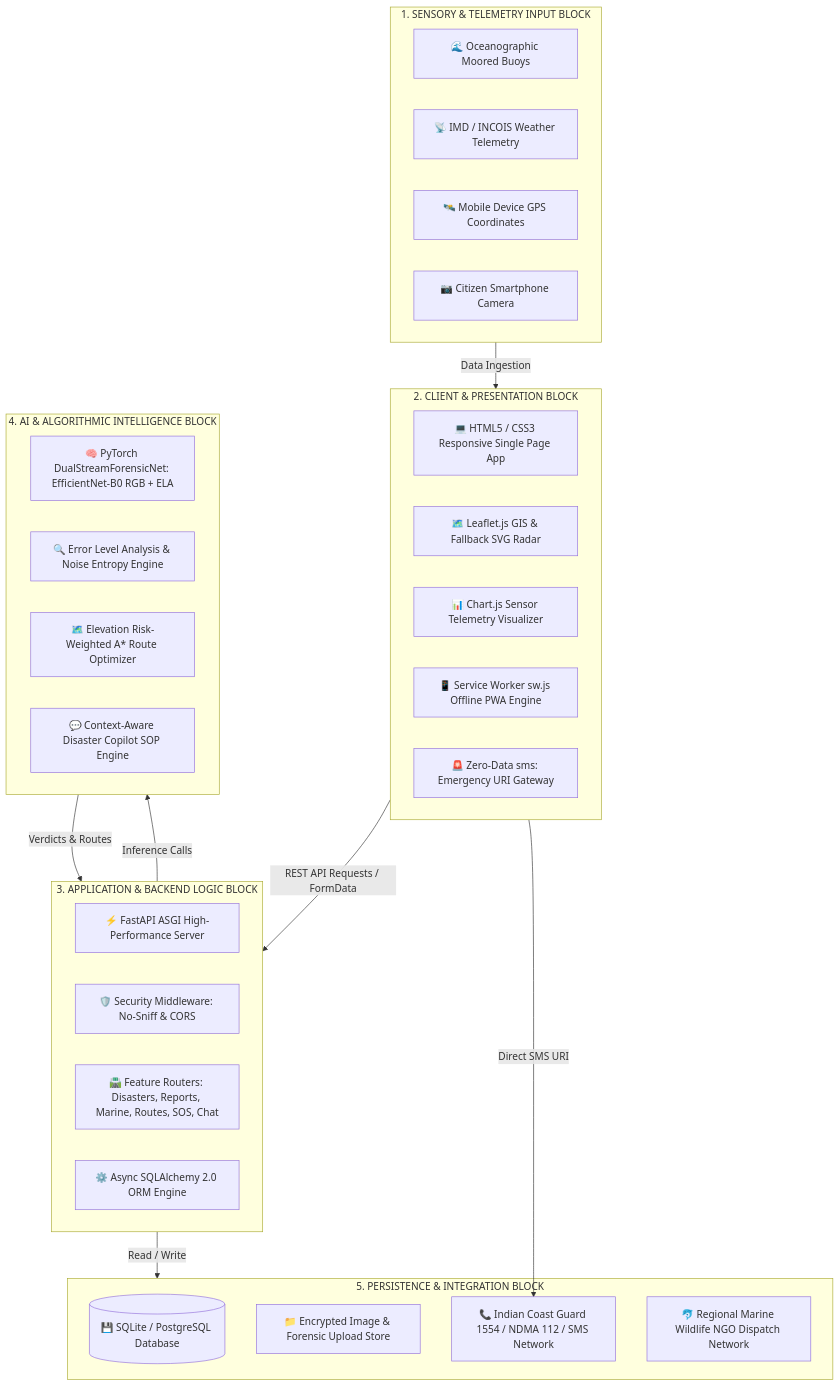
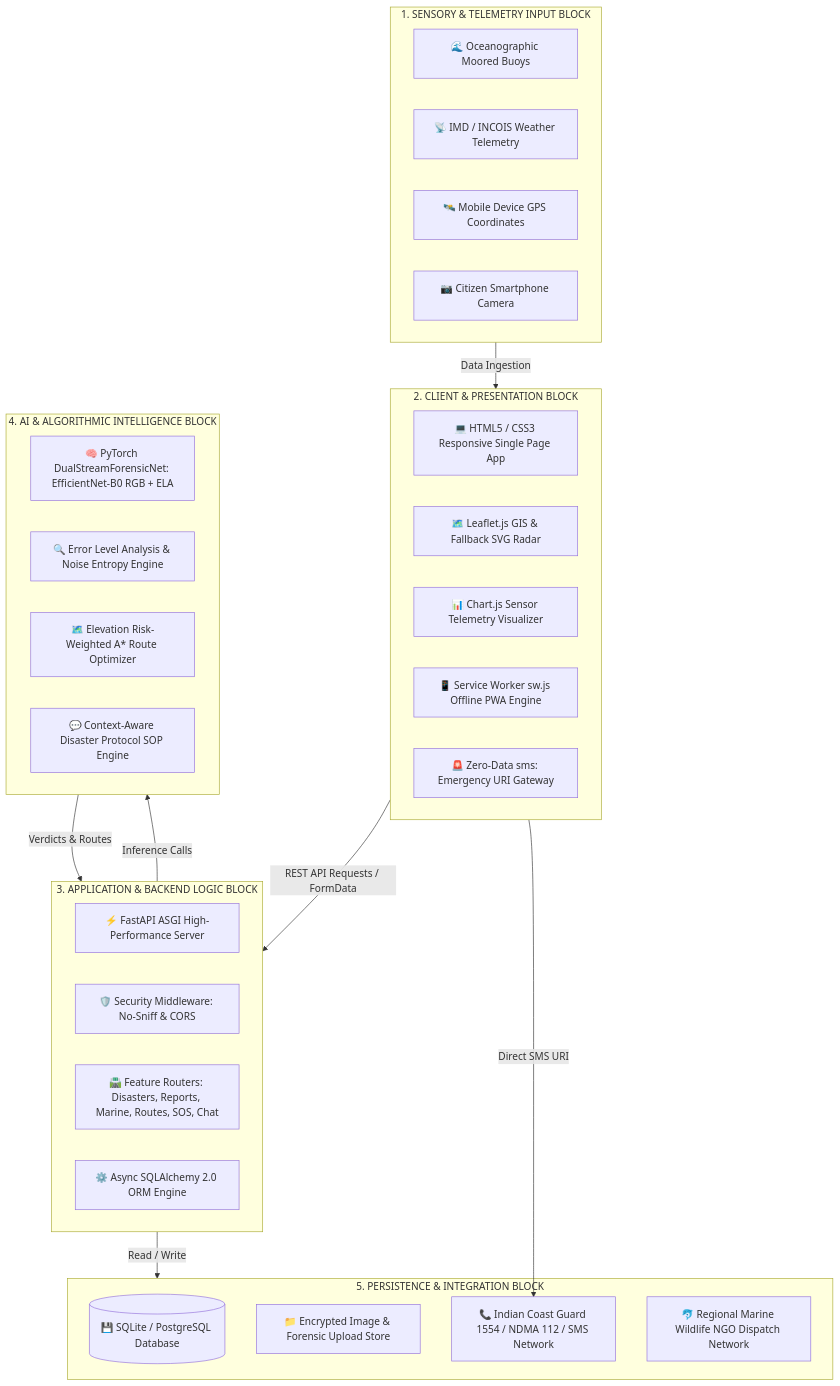
Before and after one commit to bash30ribs/AquaShield: the sixth of 6 diagrams in docs/SYSTEM_DIAGRAMS_AND_PROMPTS.md, drawn with Mermaid. The commit also changed other lines of this file and 20 other files, not shown here.

````diff
--- a/docs/SYSTEM_DIAGRAMS_AND_PROMPTS.md
+++ b/docs/SYSTEM_DIAGRAMS_AND_PROMPTS.md
@@ -366,45 +366,45 @@
 ```mermaid
 graph TB
     subgraph SENSOR_BLOCK [1. SENSORY & TELEMETRY INPUT BLOCK]
         B1[🌊 Oceanographic Moored Buoys]
         B2[📡 IMD / INCOIS Weather Telemetry]
         B3[🛰️ Mobile Device GPS Coordinates]
         B4[📷 Citizen Smartphone Camera]
     end
 
     subgraph CLIENT_BLOCK [2. CLIENT & PRESENTATION BLOCK]
         C1[💻 HTML5 / CSS3 Responsive Single Page App]
         C2[🗺️ Leaflet.js GIS & Fallback SVG Radar]
         C3[📊 Chart.js Sensor Telemetry Visualizer]
         C4[📱 Service Worker sw.js Offline PWA Engine]
         C5[🚨 Zero-Data sms: Emergency URI Gateway]
     end
 
     subgraph BACKEND_BLOCK [3. APPLICATION & BACKEND LOGIC BLOCK]
         K1[⚡ FastAPI ASGI High-Performance Server]
         K2[🛡️ Security Middleware: No-Sniff & CORS]
         K3[🛣️ Feature Routers: Disasters, Reports, Marine, Routes, SOS, Chat]
         K4[⚙️ Async SQLAlchemy 2.0 ORM Engine]
     end
 
     subgraph AI_BLOCK [4. AI & ALGORITHMIC INTELLIGENCE BLOCK]
         A1[🧠 PyTorch DualStreamForensicNet: EfficientNet-B0 RGB + ELA]
         A2[🔍 Error Level Analysis & Noise Entropy Engine]
         A3[🗺️ Elevation Risk-Weighted A* Route Optimizer]
-        A4[💬 Context-Aware Disaster Copilot SOP Engine]
+        A4[💬 Context-Aware Disaster Protocol SOP Engine]
     end
 
     subgraph STORAGE_BLOCK [5. PERSISTENCE & INTEGRATION BLOCK]
         S1[(💾 SQLite / PostgreSQL Database)]
         S2[📁 Encrypted Image & Forensic Upload Store]
         S3[📞 Indian Coast Guard 1554 / NDMA 112 / SMS Network]
         S4[🐬 Regional Marine Wildlife NGO Dispatch Network]
     end
 
     SENSOR_BLOCK -->|Data Ingestion| CLIENT_BLOCK
     CLIENT_BLOCK -->|REST API Requests / FormData| BACKEND_BLOCK
     BACKEND_BLOCK -->|Inference Calls| AI_BLOCK
     AI_BLOCK -->|Verdicts & Routes| BACKEND_BLOCK
     BACKEND_BLOCK -->|Read / Write| STORAGE_BLOCK
     CLIENT_BLOCK -->|Direct SMS URI| S3
 ```
````
